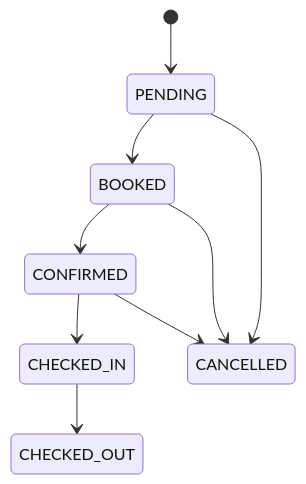
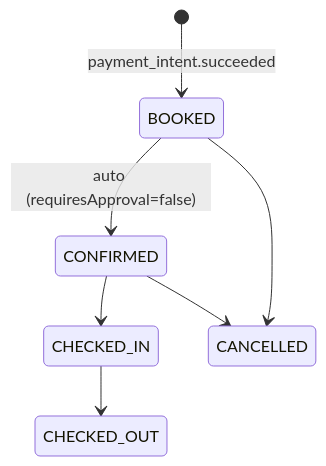
One commit to hamdanahmadkhan101-tech/khan-familia-platform changed the third of 5 diagrams in docs/domain/booking-lifecycle.md. Above: the diagram before and after it, drawn with Mermaid. The commit also changed other lines of this file and 7 other files, not shown here.

````diff
--- a/docs/domain/booking-lifecycle.md
+++ b/docs/domain/booking-lifecycle.md
@@ -34,11 +67,9 @@
 ```mermaid
 stateDiagram-v2
-  [*] --> PENDING
-  PENDING --> BOOKED
-  BOOKED --> CONFIRMED
+  [*] --> BOOKED : payment_intent.succeeded
+  BOOKED --> CONFIRMED : auto (requiresApproval=false)
   CONFIRMED --> CHECKED_IN
   CHECKED_IN --> CHECKED_OUT
-  PENDING --> CANCELLED
   BOOKED --> CANCELLED
   CONFIRMED --> CANCELLED
 ```
````
